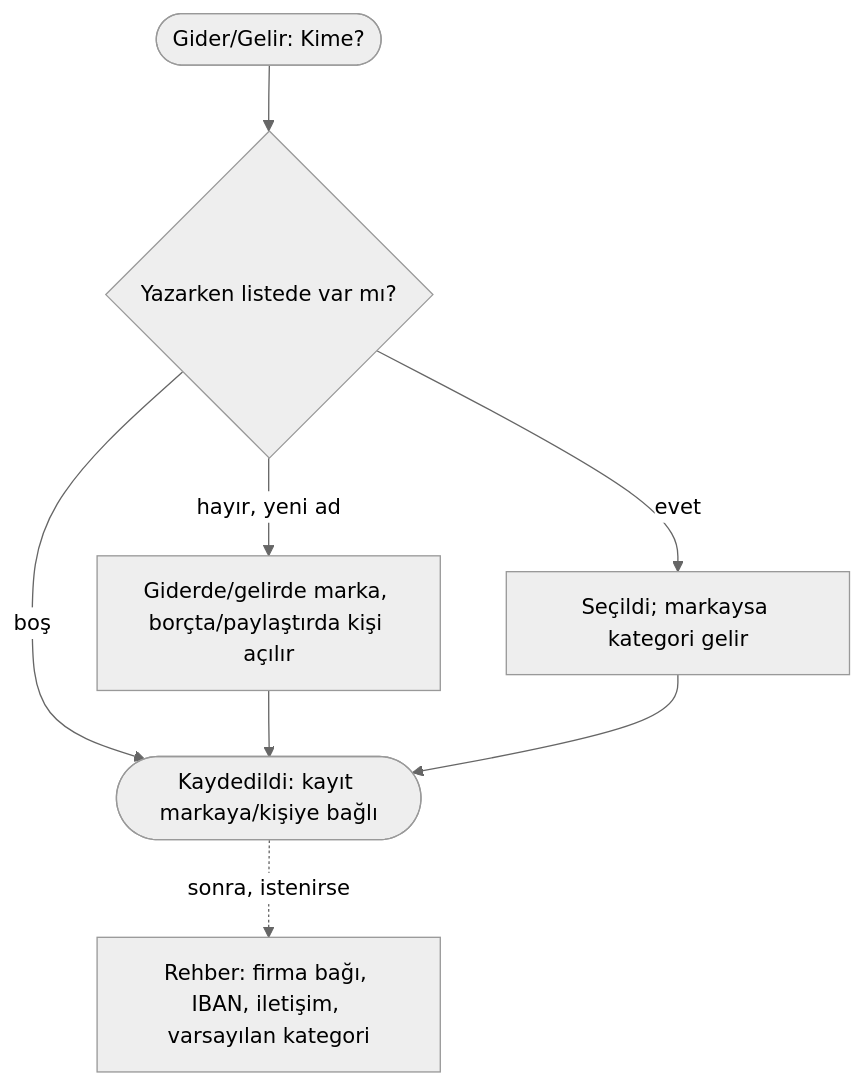
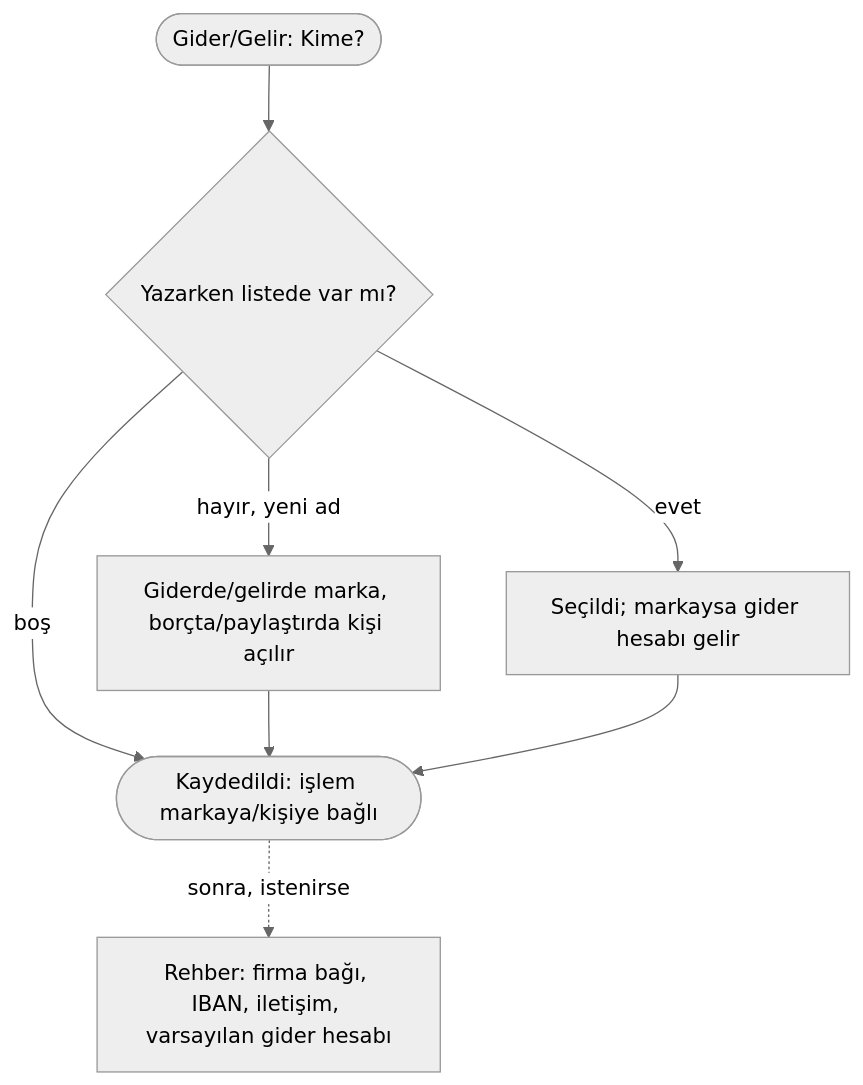
The second of 2 diagrams in docs/ux/akislar/AKS-016-kime-odeme-yaptim.md (akderelianil/aa-finance), drawn with Mermaid (neutral theme) before and after one commit. The commit also changed other lines of this file and 18 other files, not shown here.

````diff
--- a/docs/ux/akislar/AKS-016-kime-odeme-yaptim.md
+++ b/docs/ux/akislar/AKS-016-kime-odeme-yaptim.md
@@ -26,10 +26,10 @@
 ```mermaid
 flowchart TD
   A([Gider/Gelir: Kime?]) --> B{Yazarken listede var mı?}
-  B -- evet --> C[Seçildi; markaysa kategori gelir]
+  B -- evet --> C[Seçildi; markaysa gider hesabı gelir]
   B -- hayır, yeni ad --> E[Giderde/gelirde marka, borçta/paylaştırda kişi açılır]
   B -- boş --> H
-  E --> H([Kaydedildi: kayıt markaya/kişiye bağlı])
+  E --> H([Kaydedildi: işlem markaya/kişiye bağlı])
   C --> H
-  H -. sonra, istenirse .-> R[Rehber: firma bağı, IBAN, iletişim, varsayılan kategori]
+  H -. sonra, istenirse .-> R[Rehber: firma bağı, IBAN, iletişim, varsayılan gider hesabı]
 ```
````
